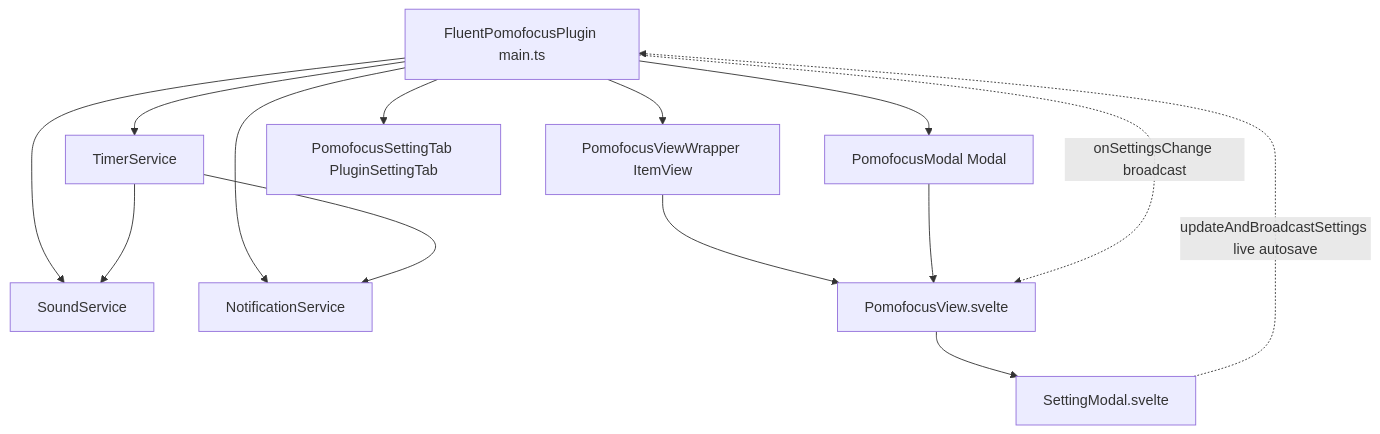
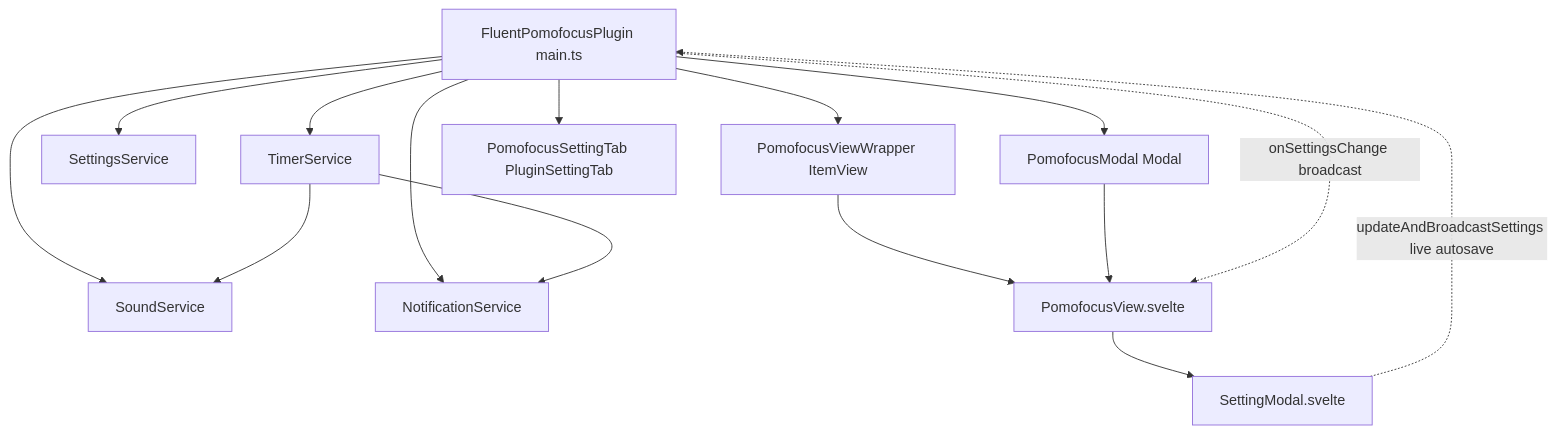
The diagram in _Architecture.md (2607044640/fluent-pomofocus), drawn with Mermaid before and after one commit. The commit also changed other lines of this file and 5 other files, not shown here.

Commit message:
feat(settings): decouple settings into dedicated persistent file outside plugin folder to prevent loss on updates

````diff
--- a/_Architecture.md
+++ b/_Architecture.md
@@ -9,17 +9,18 @@
 ```mermaid
 graph TD
     Plugin[FluentPomofocusPlugin main.ts] --> TimerService[TimerService]
+    Plugin --> SettingsService[SettingsService]
     Plugin --> SoundService[SoundService]
     Plugin --> NotificationService[NotificationService]
     Plugin --> ViewWrapper[PomofocusViewWrapper ItemView]
     Plugin --> FloatingModal[PomofocusModal Modal]
     Plugin --> SettingTab[PomofocusSettingTab PluginSettingTab]
     ViewWrapper --> View[PomofocusView.svelte]
     FloatingModal --> View
     View --> Modal[SettingModal.svelte]
     TimerService --> SoundService
     TimerService --> NotificationService
 
     Modal -.->|updateAndBroadcastSettings live autosave| Plugin
     Plugin -.->|onSettingsChange broadcast| View
 ```
````
